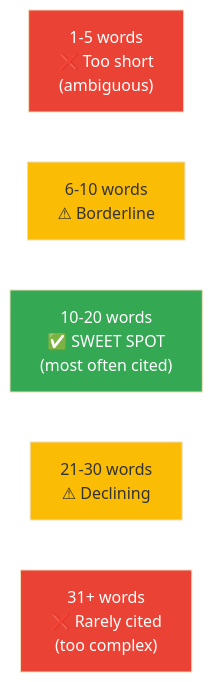
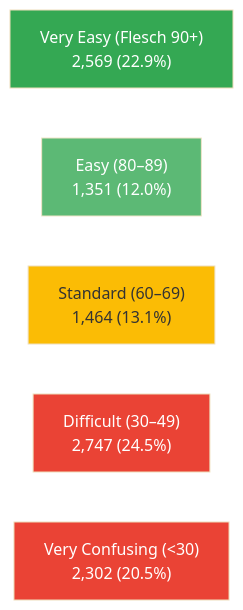
The ninth of 11 diagrams in article/diagrams/diagrams.md (danishashko/ai-citation-patterns), drawn with Mermaid (base theme) before and after one commit. The commit also changed other lines of this file and 39 other files, not shown here.

````diff
--- a/article/diagrams/diagrams.md
+++ b/article/diagrams/diagrams.md
@@ -104,13 +168,13 @@
 ```mermaid
 graph LR
-    A["1-5 words\n❌ Too short\n(ambiguous)"]
-    B["6-10 words\n⚠ Borderline"]
-    C["10-20 words\n✅ SWEET SPOT\n(most often cited)"]
-    D["21-30 words\n⚠ Declining"]
-    E["31+ words\n❌ Rarely cited\n(too complex)"]
-    style C fill:#34A853,color:#fff
-    style A fill:#EA4335,color:#fff
+    A["Very Easy (Flesch 90+)<br/>2,569 (22.9%)"]
+    B["Easy (80–89)<br/>1,351 (12.0%)"]
+    C["Standard (60–69)<br/>1,464 (13.1%)"]
+    D["Difficult (30–49)<br/>2,747 (24.5%)"]
+    E["Very Confusing (<30)<br/>2,302 (20.5%)"]
+    style A fill:#34A853,color:#fff
+    style B fill:#34A853,color:#fff,opacity:0.8
+    style C fill:#FBBC05
+    style D fill:#EA4335,color:#fff
     style E fill:#EA4335,color:#fff
-    style B fill:#FBBC05
-    style D fill:#FBBC05
 ```
````
